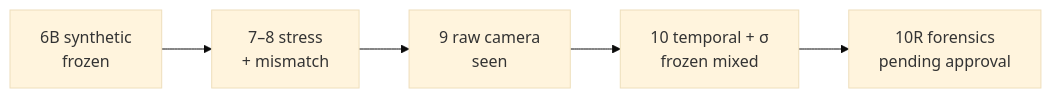
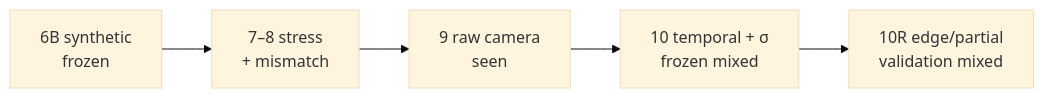
The diagram in README.md (suhaslord/uav-safety-research), drawn with Mermaid (base theme) before and after one commit. The commit also changed other lines of this file, not shown here.

Commit message:
docs: promote Phase 10R mixed validation result

````diff
--- a/README.md
+++ b/README.md
@@ -83,7 +102,7 @@
 ```mermaid
 flowchart LR
   A["6B synthetic<br/>frozen"] --> B["7–8 stress<br/>+ mismatch"]
   B --> C["9 raw camera<br/>seen"]
   C --> D["10 temporal + σ<br/>frozen mixed"]
-  D --> E["10R forensics<br/>pending approval"]
+  D --> E["10R edge/partial<br/>validation mixed"]
 ```
````
